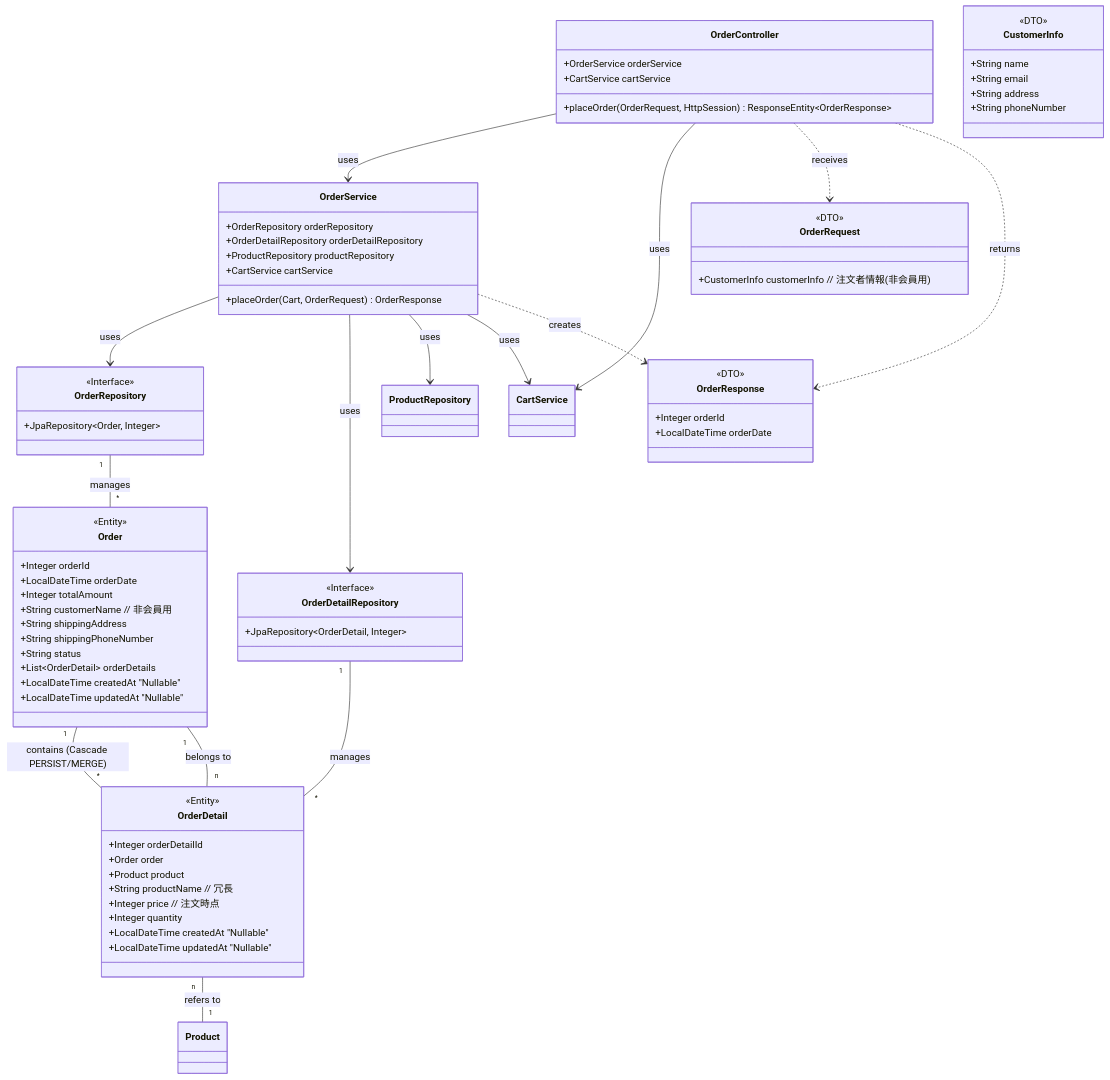
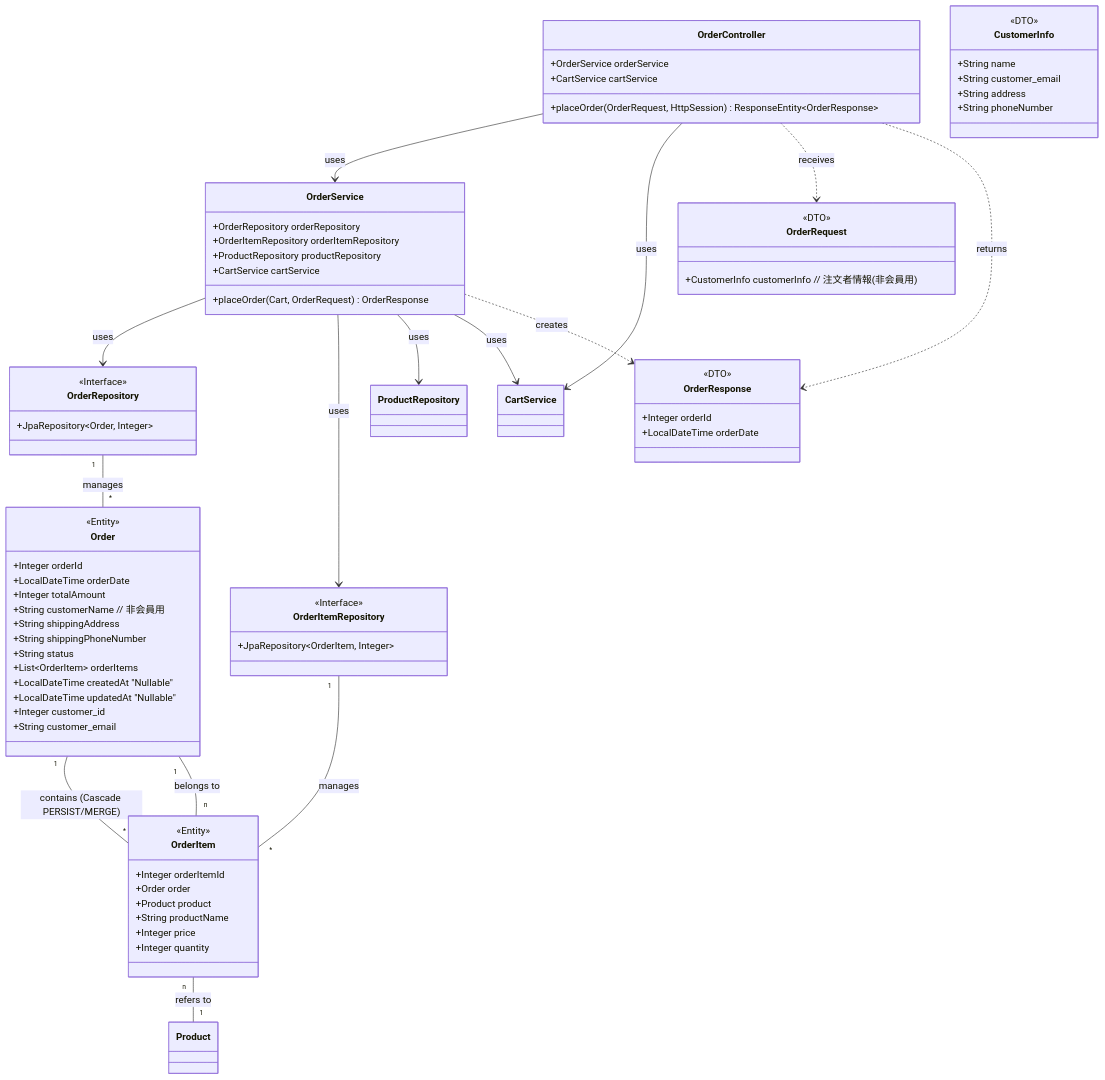
The tenth of 13 diagrams in 詳細設計書/詳細設計書.md (Rikumt12/Popcorn), drawn with Mermaid before and after one commit. The commit also changed other lines of this file and 1 other file, not shown here.

````diff
--- a/詳細設計書/詳細設計書.md
+++ b/詳細設計書/詳細設計書.md
@@ -475,79 +478,79 @@
 ```mermaid
 classDiagram
     class OrderController {
         +OrderService orderService
         +CartService cartService
         +placeOrder(OrderRequest, HttpSession) ResponseEntity~OrderResponse~
     }
     class OrderService {
         +OrderRepository orderRepository
-        +OrderDetailRepository orderDetailRepository
+        +OrderItemRepository orderItemRepository
         +ProductRepository productRepository
         +CartService cartService
         +placeOrder(Cart, OrderRequest) OrderResponse
     }
     class OrderRepository {
         <<Interface>>
         +JpaRepository~Order, Integer~
     }
-     class OrderDetailRepository {
+     class OrderItemRepository {
         <<Interface>>
-        +JpaRepository~OrderDetail, Integer~
+        +JpaRepository~OrderItem, Integer~
     }
     class Order {
         <<Entity>>
         +Integer orderId
         +LocalDateTime orderDate
         +Integer totalAmount
         +String customerName // 非会員用
         +String shippingAddress
         +String shippingPhoneNumber
         +String status
-        +List~OrderDetail~ orderDetails
+        +List~OrderItem~ orderItems
         +LocalDateTime createdAt "Nullable"
         +LocalDateTime updatedAt "Nullable"
+        +Integer customer_id
+        +String customer_email
     }
-    class OrderDetail {
+    class OrderItem {
         <<Entity>>
-        +Integer orderDetailId
+        +Integer orderItemId
         +Order order
         +Product product
-        +String productName // 冗長
-        +Integer price // 注文時点
+        +String productName 
+        +Integer price 
         +Integer quantity
-        +LocalDateTime createdAt "Nullable"
-        +LocalDateTime updatedAt "Nullable"
     }
     class OrderRequest {
         <<DTO>>
         +CustomerInfo customerInfo // 注文者情報(非会員用)
     }
     class CustomerInfo{
          <<DTO>>
         +String name
-        +String email
+        +String customer_email
         +String address
         +String phoneNumber
     }
     class OrderResponse {
         <<DTO>>
         +Integer orderId
         +LocalDateTime orderDate
     }
 
     OrderController --> OrderService : uses
     OrderController --> CartService : uses
     OrderService --> OrderRepository : uses
-    OrderService --> OrderDetailRepository : uses
+    OrderService --> OrderItemRepository : uses
     OrderService --> ProductRepository : uses
     OrderService --> CartService : uses
     OrderRepository "1" -- "*" Order : manages
-    OrderDetailRepository "1" -- "*" OrderDetail : manages
-    Order "1" -- "*" OrderDetail : contains (Cascade PERSIST/MERGE)
-    OrderDetail "n" -- "1" Order : belongs to
-    OrderDetail "n" -- "1" Product : refers to
+    OrderItemRepository "1" -- "*" OrderItem : manages
+    Order "1" -- "*" OrderItem : contains (Cascade PERSIST/MERGE)
+    OrderItem "n" -- "1" Order : belongs to
+    OrderItem "n" -- "1" Product : refers to
 
     OrderController ..> OrderRequest : receives
     OrderController ..> OrderResponse : returns
     OrderService ..> OrderResponse : creates
 ```
````
